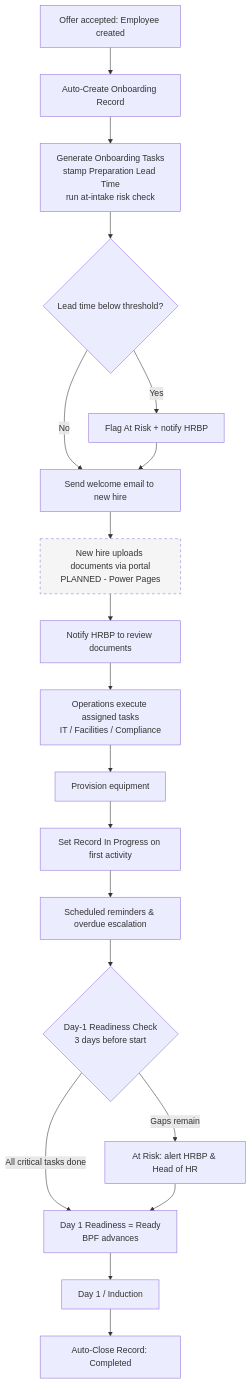
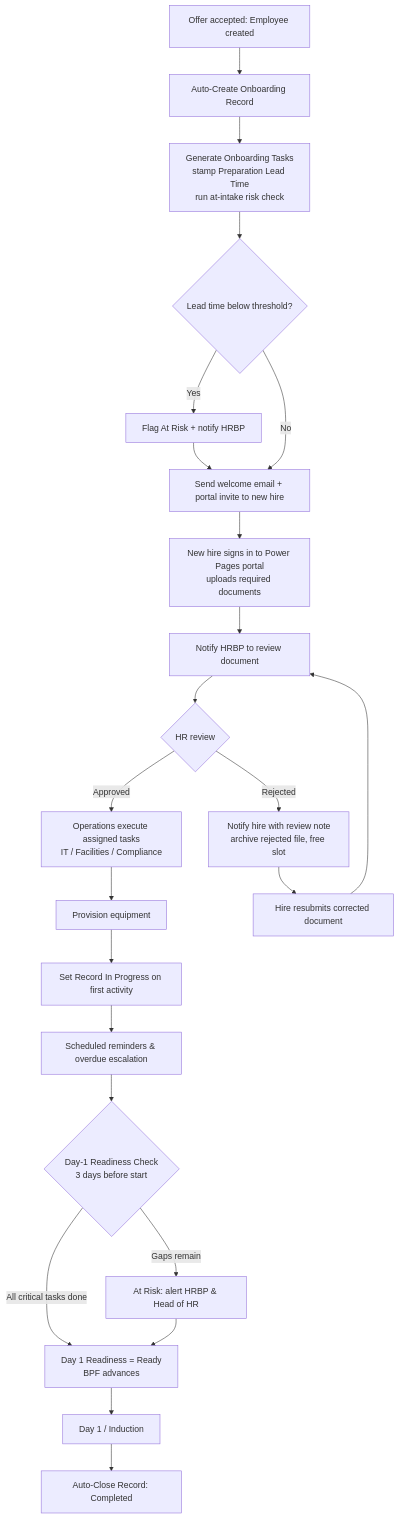
The diagram in 09-Process-Flow-Diagram/README.md (martosah/Employee-Onboarding-Tracker-Contoso), drawn with Mermaid before and after one commit. The commit also changed other lines of this file, not shown here.

````diff
--- a/09-Process-Flow-Diagram/README.md
+++ b/09-Process-Flow-Diagram/README.md
@@ -6,23 +6,25 @@
 ```mermaid
 flowchart TD
     A[Offer accepted: Employee created] --> B[Auto-Create Onboarding Record]
     B --> C[Generate Onboarding Tasks<br/>stamp Preparation Lead Time<br/>run at-intake risk check]
     C --> D{Lead time below threshold?}
     D -- Yes --> E[Flag At Risk + notify HRBP]
-    D -- No --> F[Send welcome email to new hire]
+    D -- No --> F[Send welcome email + portal invite to new hire]
     E --> F
-    F --> G[New hire uploads documents via portal<br/>PLANNED - Power Pages]:::planned
-    G --> H[Notify HRBP to review documents]
-    H --> I[Operations execute assigned tasks<br/>IT / Facilities / Compliance]
+    F --> G[New hire signs in to Power Pages portal<br/>uploads required documents]
+    G --> H[Notify HRBP to review document]
+    H --> R{HR review}
+    R -- Approved --> I[Operations execute assigned tasks<br/>IT / Facilities / Compliance]
+    R -- Rejected --> S[Notify hire with review note<br/>archive rejected file, free slot]
+    S --> T[Hire resubmits corrected document]
+    T --> H
     I --> J[Provision equipment]
     J --> K[Set Record In Progress on first activity]
     K --> L[Scheduled reminders & overdue escalation]
     L --> M{Day-1 Readiness Check<br/>3 days before start}
     M -- All critical tasks done --> N[Day 1 Readiness = Ready<br/>BPF advances]
     M -- Gaps remain --> O[At Risk: alert HRBP & Head of HR]
     O --> N
     N --> P[Day 1 / Induction]
     P --> Q[Auto-Close Record: Completed]
-
-    classDef planned stroke-dasharray: 5 5,fill:#f5f5f5,color:#333;
 ```
````
